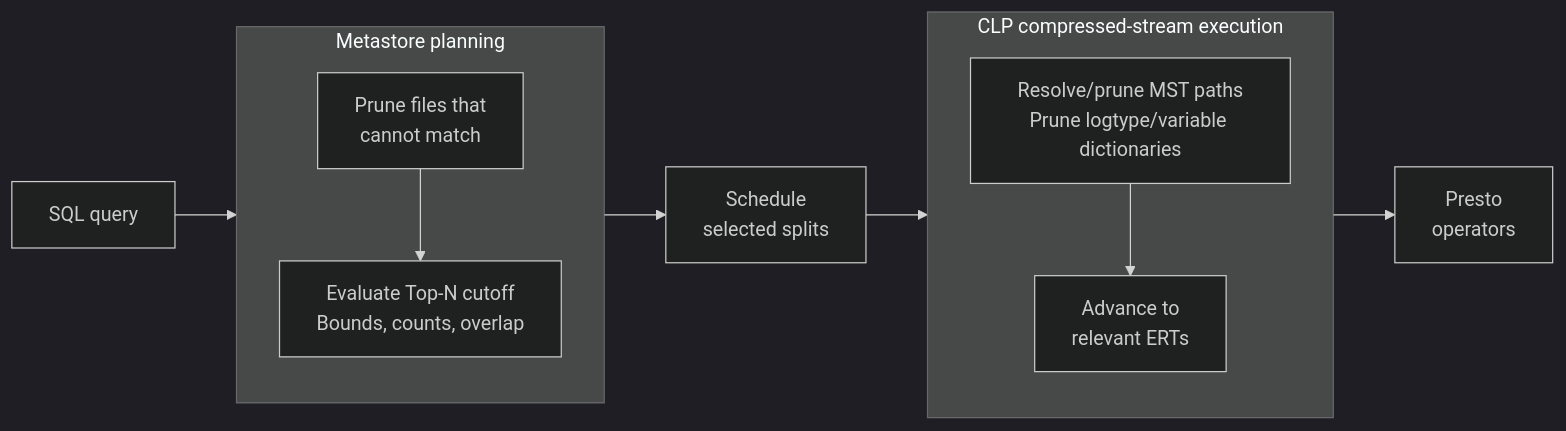
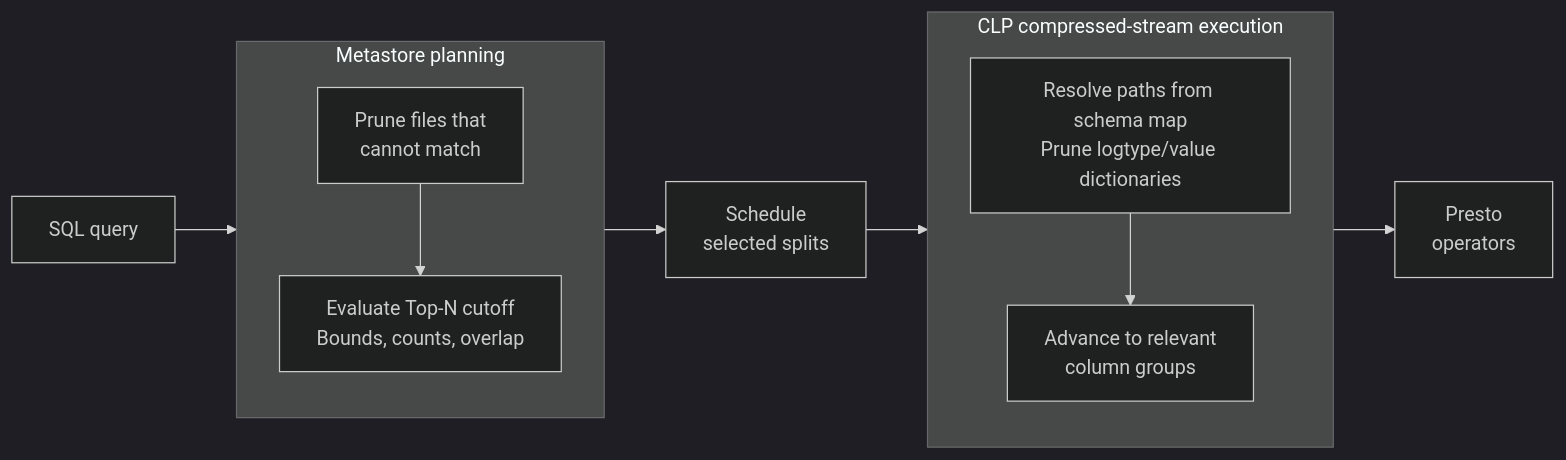
The diagram in uber-blog/clp-part-iii-draft.md (y-scope/presto-blogs-collab), drawn with Mermaid (dark theme) before and after one commit. The commit also changed other lines of this file and 2 other files, not shown here.

Commit message:
Refine Uber CLP storage narrative and diagram

````diff
--- a/uber-blog/clp-part-iii-draft.md
+++ b/uber-blog/clp-part-iii-draft.md
@@ -102,27 +86,27 @@
 ```mermaid
 flowchart LR
     sql["SQL query"]
 
     subgraph planning["Metastore planning"]
         direction TB
         pruning["Prune files that<br/>cannot match"]
         termination["Evaluate Top-N cutoff<br/>Bounds, counts, overlap"]
         pruning --> termination
     end
 
     scheduling["Schedule<br/>selected splits"]
 
     subgraph execution["CLP compressed-stream execution"]
         direction TB
-        resolution["Resolve/prune MST paths<br/>Prune logtype/variable dictionaries"]
-        search["Advance to<br/>relevant ERTs"]
+        resolution["Resolve paths from schema map<br/>Prune logtype/value dictionaries"]
+        search["Advance to relevant<br/>column groups"]
         resolution --> search
     end
 
     presto["Presto<br/>operators"]
 
     sql --> pruning
     termination --> scheduling
     scheduling --> resolution
     search --> presto
 ```
````
